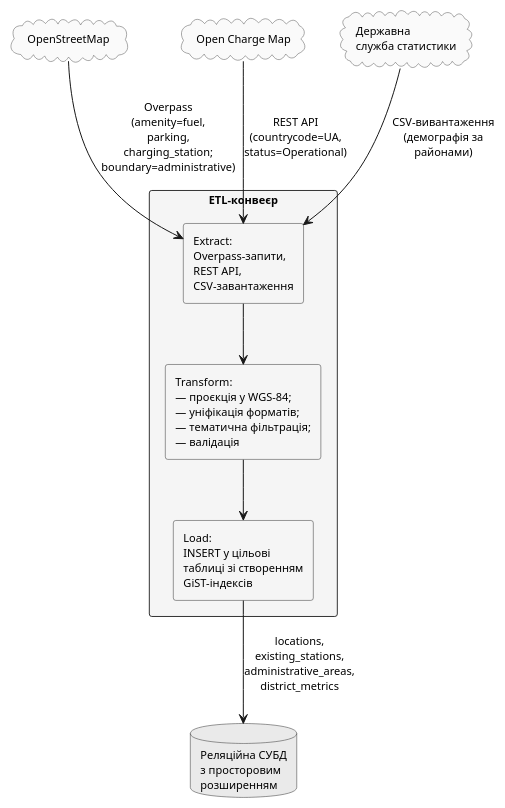
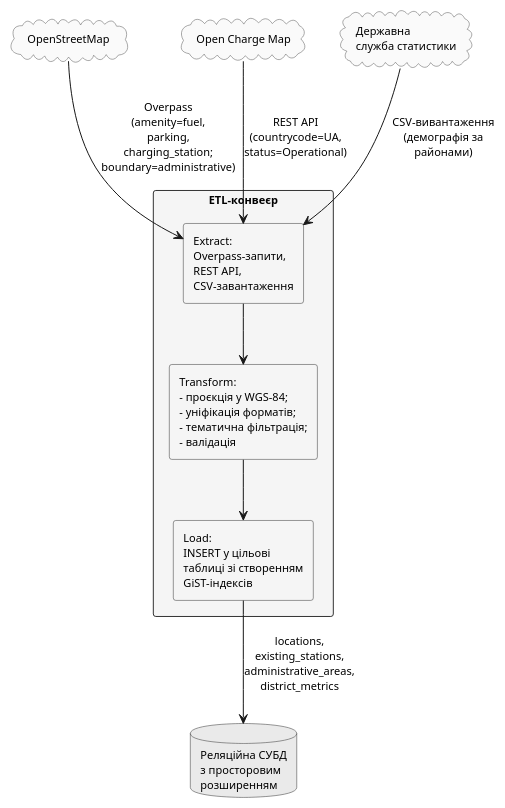
One commit to volodymyr-semenchenk0/ev-infrastructure-platform changed the diagram in docs/chapter2/2_2_3.md. Above: the diagram before and after it, drawn with PlantUML. The commit also changed other lines of this file and 51 other files, not shown here.

````diff
--- a/docs/chapter2/2_2_3.md
+++ b/docs/chapter2/2_2_3.md
@@ -11,40 +11,40 @@
 ```plantuml
 @startuml
 skinparam shadowing false
 skinparam defaultFontName "Times New Roman"
 skinparam defaultFontSize 11
 skinparam rectangle {
     BackgroundColor #f5f5f5
     BorderColor #333333
 }
 skinparam cloud {
     BackgroundColor #fafafa
     BorderColor #555555
 }
 skinparam database {
     BackgroundColor #eaeaea
     BorderColor #333333
 }
 
 cloud "OpenStreetMap" as OSM
 cloud "Open Charge Map" as OCM
 cloud "Державна\nслужба статистики" as DSU
 
 rectangle "ETL-конвеєр" as ETL {
     rectangle "Extract:\nOverpass-запити,\nREST API,\nCSV-завантаження" as E
-    rectangle "Transform:\n— проєкція у WGS-84;\n— уніфікація форматів;\n— тематична фільтрація;\n— валідація" as T
+    rectangle "Transform:\n– проєкція у WGS-84;\n– уніфікація форматів;\n– тематична фільтрація;\n– валідація" as T
     rectangle "Load:\nINSERT у цільові\nтаблиці зі створенням\nGiST-індексів" as L
 }
 
 database "Реляційна СУБД\nз просторовим\nрозширенням" as DB
 
 OSM --> E : Overpass\n(amenity=fuel,\nparking,\ncharging_station;\nboundary=administrative)
 OCM --> E : REST API\n(countrycode=UA,\nstatus=Operational)
 DSU --> E : CSV-вивантаження\n(демографія за\nрайонами)
 
 E --> T
 T --> L
 L --> DB : locations,\nexisting_stations,\nadministrative_areas,\ndistrict_metrics
 
 @enduml
 ```
````
